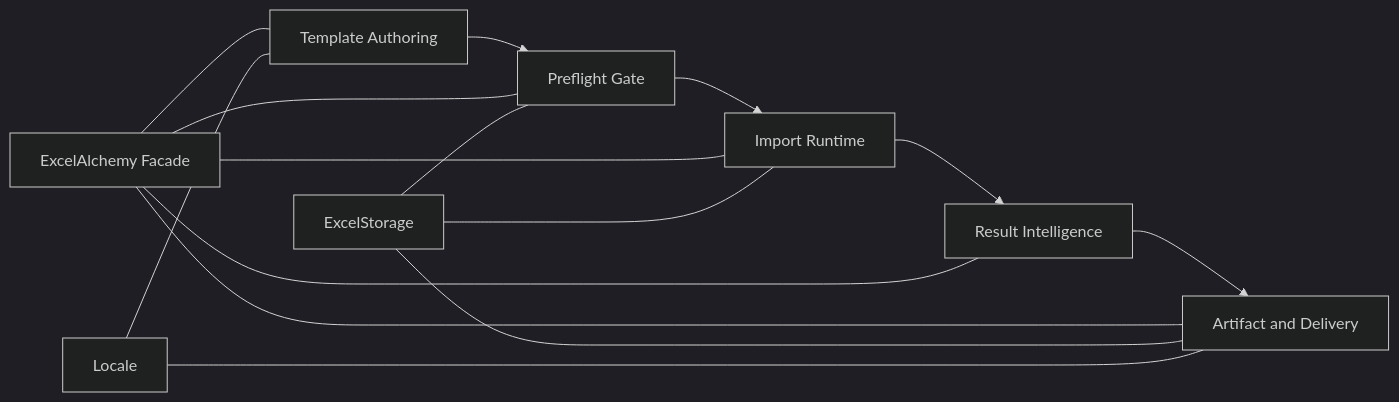
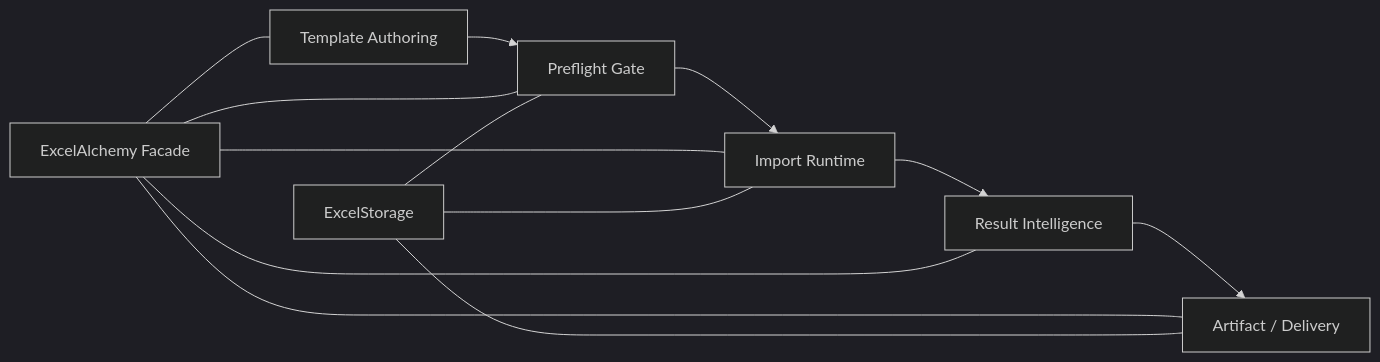
The first of 2 diagrams in docs/platform-architecture.md (RayCarterLab/ExcelAlchemy), drawn with Mermaid (dark theme) before and after one commit. The commit also changed other lines of this file and 26 other files, not shown here.

````diff
--- a/docs/platform-architecture.md
+++ b/docs/platform-architecture.md
@@ -35,26 +72,23 @@
 ```mermaid
 flowchart LR
     A[Template Authoring]
     B[Preflight Gate]
     C[Import Runtime]
     D[Result Intelligence]
-    E[Artifact and Delivery]
+    E[Artifact / Delivery]
 
     A --> B --> C --> D --> E
 
+    F[ExcelAlchemy Facade]
     S[ExcelStorage]
-    L[Locale]
-    F[ExcelAlchemy Facade]
 
     F --- A
     F --- B
     F --- C
     F --- D
     F --- E
 
     S --- B
     S --- C
     S --- E
-    L --- A
-    L --- E
 ```
````
